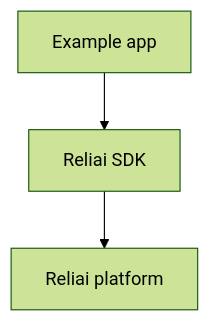
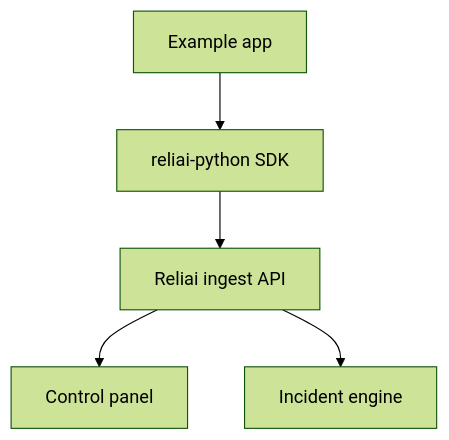
The diagram in repo-templates/reliai-examples/README.md (Reliailabs/reliai), drawn with Mermaid (forest theme) before and after one commit. The commit also changed other lines of this file and 18 other files, not shown here.

````diff
--- a/repo-templates/reliai-examples/README.md
+++ b/repo-templates/reliai-examples/README.md
@@ -59,5 +67,7 @@
 ```mermaid
 flowchart TD
-    A["Example app"] --> B["Reliai SDK"]
-    B --> C["Reliai platform"]
+    A["Example app"] --> B["reliai-python SDK"]
+    B --> C["Reliai ingest API"]
+    C --> D["Control panel"]
+    C --> E["Incident engine"]
 ```
````
